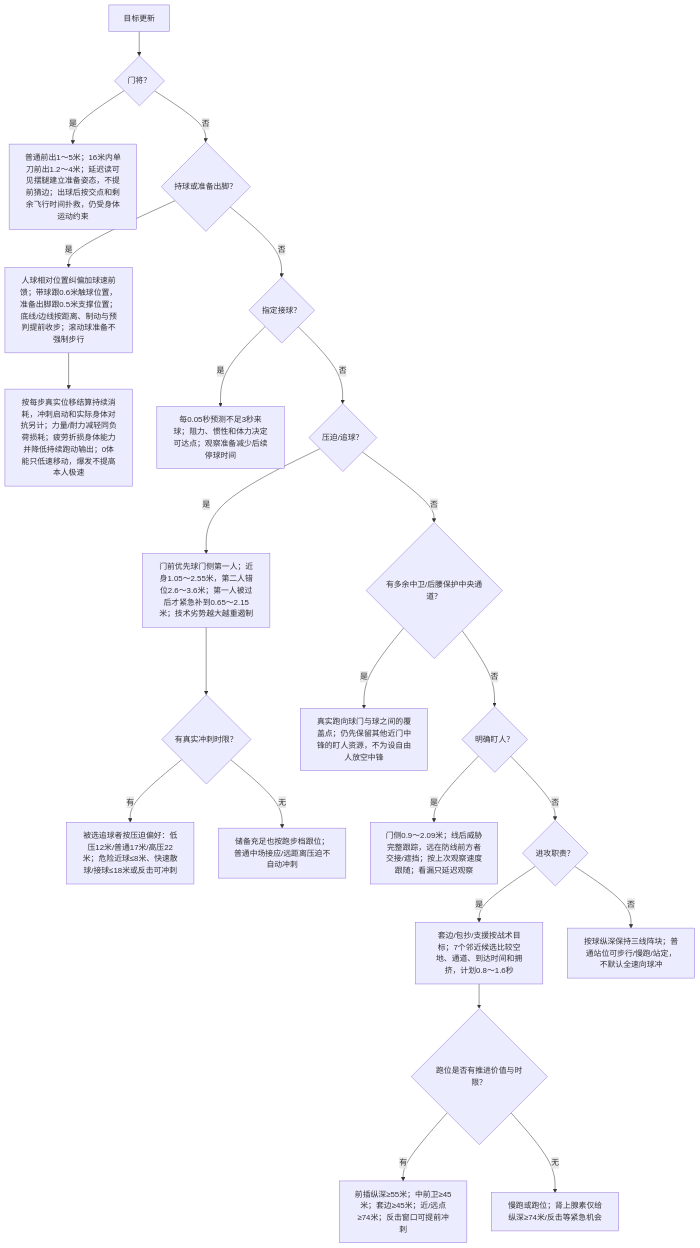
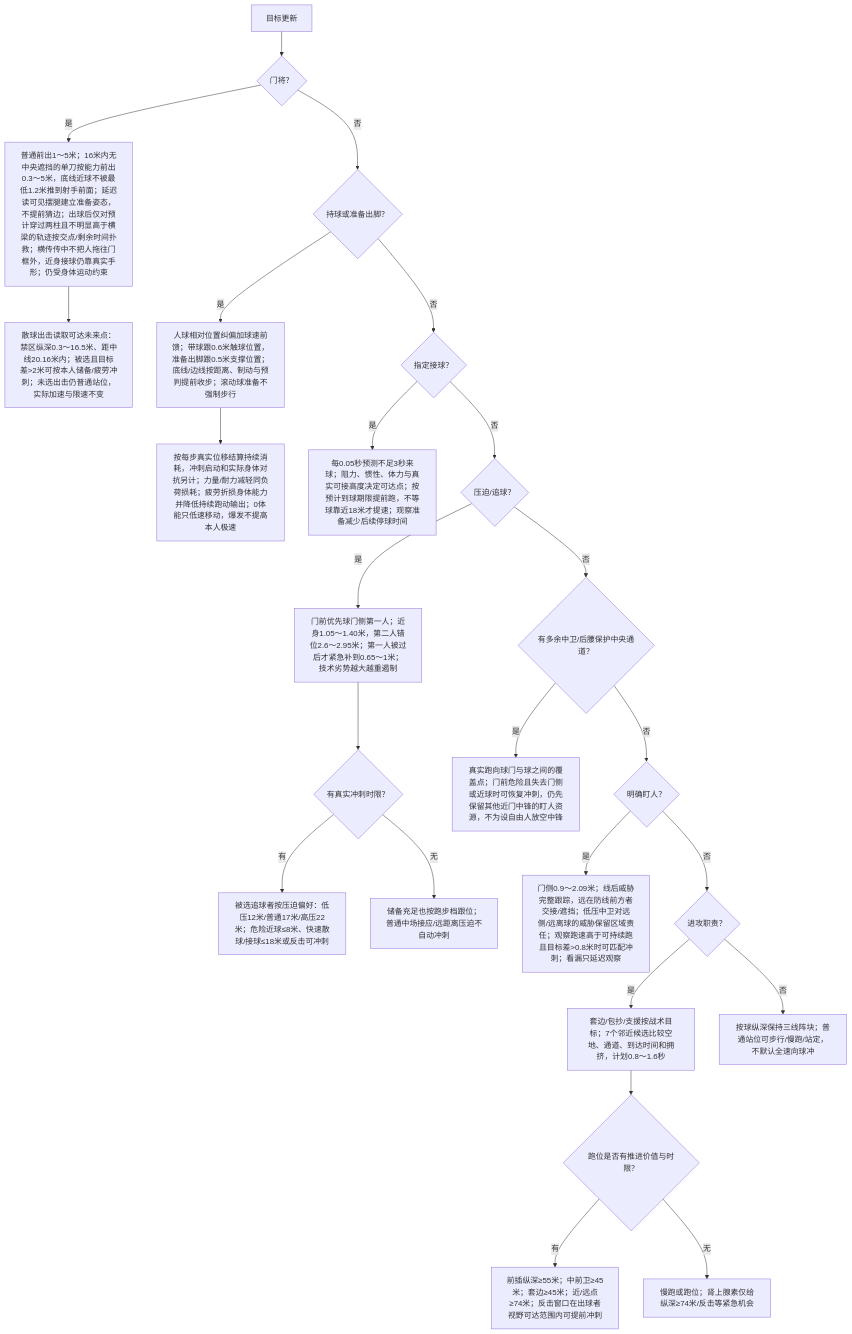
Before and after one commit to sixu3575/touchline-manager: the third of 7 diagrams in packages/shared/modules/matches/design/PLAYER_DECISION_MAP.md, drawn with Mermaid. The commit also changed other lines of this file and 59 other files, not shown here.

````diff
--- a/packages/shared/modules/matches/design/PLAYER_DECISION_MAP.md
+++ b/packages/shared/modules/matches/design/PLAYER_DECISION_MAP.md
@@ -97,25 +97,26 @@
 ```mermaid
 flowchart TD
   P0["目标更新"] --> P1{"门将？"}
-  P1 -->|是| PK["普通前出1～5米；16米内单刀前出1.2～4米；延迟读可见摆腿建立准备姿态，不提前猜边；出球后按交点和剩余飞行时间扑救，仍受身体运动约束"]
+  P1 -->|是| PK["普通前出1～5米；16米内无中央遮挡的单刀按能力前出0.3～5米，底线近球不被最低1.2米推到射手前面；延迟读可见摆腿建立准备姿态，不提前猜边；出球后仅对预计穿过两柱且不明显高于横梁的轨迹按交点/剩余时间扑救；横传传中不把人拖往门框外，近身接球仍靠真实手形；仍受身体运动约束"]
+  PK --> PKS["散球出击读取可达未来点：禁区纵深0.3～16.5米、距中线20.16米内；被选且目标差>2米可按本人储备/疲劳冲刺；未选出击仍普通站位，实际加速与限速不变"]
   P1 -->|否| P2{"持球或准备出脚？"}
   P2 -->|是| PM["人球相对位置纠偏加球速前馈；带球跟0.6米触球位置，准备出脚跟0.5米支撑位置；底线/边线按距离、制动与预判提前收步；滚动球准备不强制步行"]
   PM --> PA["按每步真实位移结算持续消耗，冲刺启动和实际身体对抗另计；力量/耐力减轻同负荷损耗；疲劳折损身体能力并降低持续跑动输出；0体能只低速移动，爆发不提高本人极速"]
   P2 -->|否| P3{"指定接球？"}
-  P3 -->|是| PR["每0.05秒预测不足3秒来球；阻力、惯性和体力决定可达点；观察准备减少后续停球时间"]
+  P3 -->|是| PR["每0.05秒预测不足3秒来球；阻力、惯性、体力与真实可接高度决定可达点；按预计到球期限提前跑，不等球靠近18米才提速；观察准备减少后续停球时间"]
   P3 -->|否| P4{"压迫/追球？"}
-  P4 -->|是| PP["门前优先球门侧第一人；近身1.05～2.55米，第二人错位2.6～3.6米；第一人被过后才紧急补到0.65～2.15米；技术劣势越大越重遏制"]
+  P4 -->|是| PP["门前优先球门侧第一人；近身1.05～1.40米，第二人错位2.6～2.95米；第一人被过后才紧急补到0.65～1米；技术劣势越大越重遏制"]
   PP --> PX{"有真实冲刺时限？"}
   PX -->|有| PB["被选追球者按压迫偏好：低压12米/普通17米/高压22米；危险近球≤8米、快速散球/接球≤18米或反击可冲刺"]
   PX -->|无| PJ["储备充足也按跑步档跟位；普通中场接应/远距离压迫不自动冲刺"]
   P4 -->|否| PC{"有多余中卫/后腰保护中央通道？"}
-  PC -->|是| PG["真实跑向球门与球之间的覆盖点；仍先保留其他近门中锋的盯人资源，不为设自由人放空中锋"]
+  PC -->|是| PG["真实跑向球门与球之间的覆盖点；门前危险且失去门侧或近球时可恢复冲刺，仍先保留其他近门中锋的盯人资源，不为设自由人放空中锋"]
   PC -->|否| P5{"明确盯人？"}
-  P5 -->|是| PD["门侧0.9～2.09米；线后威胁完整跟踪，远在防线前方者交接/遮挡；按上次观察速度跟随；看漏只延迟观察"]
+  P5 -->|是| PD["门侧0.9～2.09米；线后威胁完整跟踪，远在防线前方者交接/遮挡；低压中卫对远侧/远离球的威胁保留区域责任；观察跑速高于可持续跑且目标差>0.8米时可匹配冲刺；看漏只延迟观察"]
   P5 -->|否| P6{"进攻职责？"}
   P6 -->|是| PS["套边/包抄/支援按战术目标；7个邻近候选比较空地、通道、到达时间和拥挤，计划0.8～1.6秒"]
   PS --> PX2{"跑位是否有推进价值与时限？"}
-  PX2 -->|有| PB2["前插纵深≥55米；中前卫≥45米；套边≥45米；近/远点≥74米；反击窗口可提前冲刺"]
+  PX2 -->|有| PB2["前插纵深≥55米；中前卫≥45米；套边≥45米；近/远点≥74米；反击窗口在出球者视野可达范围内可提前冲刺"]
   PX2 -->|无| PJ2["慢跑或跑位；肾上腺素仅给纵深≥74米/反击等紧急机会"]
   P6 -->|否| PO["按球纵深保持三线阵块；普通站位可步行/慢跑/站定，不默认全速向球冲"]
 ```
````
